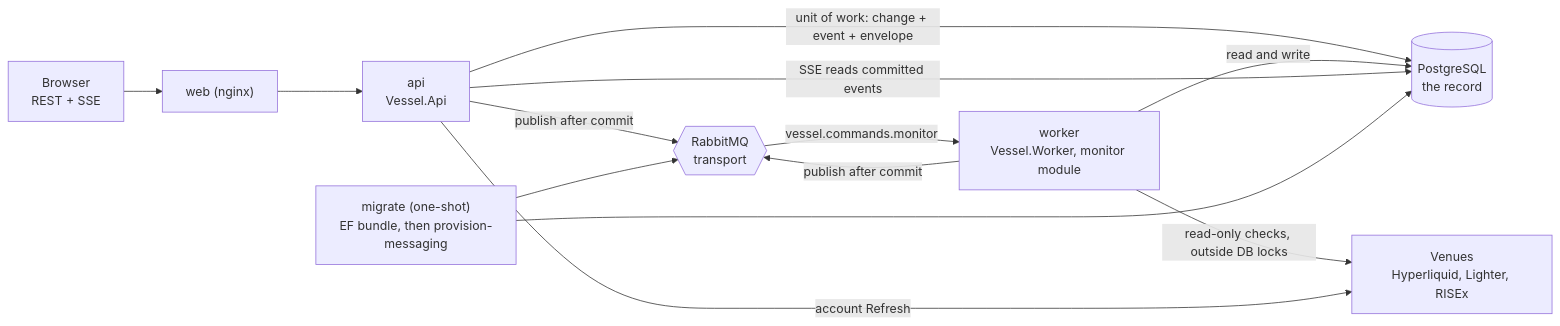
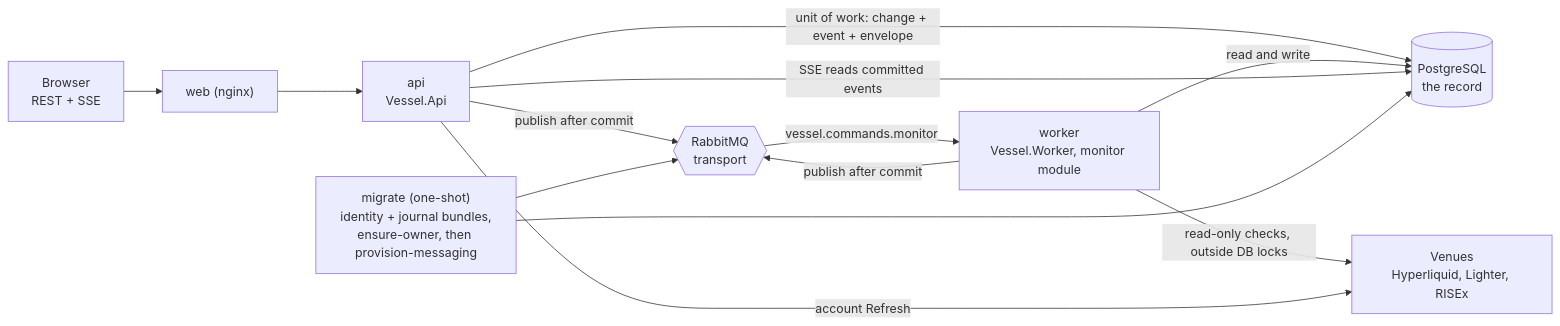
One commit to jcarcaboso/vessel changed the first of 8 diagrams in docs/architecture/messaging-and-workers.md. Above: the diagram before and after it, drawn with Mermaid. The commit also changed other lines of this file and 8 other files, not shown here.

````diff
--- a/docs/architecture/messaging-and-workers.md
+++ b/docs/architecture/messaging-and-workers.md
@@ -33,15 +33,15 @@
 ```mermaid
 flowchart LR
     Browser["Browser<br/>REST + SSE"] --> Web["web (nginx)"]
     Web --> Api["api<br/>Vessel.Api"]
     Api -->|"unit of work: change + event + envelope"| Pg[("PostgreSQL<br/>the record")]
     Api -->|"publish after commit"| Rmq{{"RabbitMQ<br/>transport"}}
     Rmq -->|"vessel.commands.monitor"| Worker["worker<br/>Vessel.Worker, monitor module"]
     Worker -->|"read and write"| Pg
     Worker -->|"publish after commit"| Rmq
     Worker -->|"read-only checks, outside DB locks"| Venues["Venues<br/>Hyperliquid, Lighter, RISEx"]
     Api -->|"account Refresh"| Venues
     Api -->|"SSE reads committed events"| Pg
-    Migrate["migrate (one-shot)<br/>EF bundle, then provision-messaging"] --> Pg
+    Migrate["migrate (one-shot)<br/>identity + journal bundles,<br/>ensure-owner, then provision-messaging"] --> Pg
     Migrate --> Rmq
 ```
````
